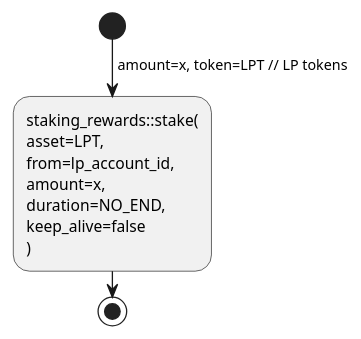
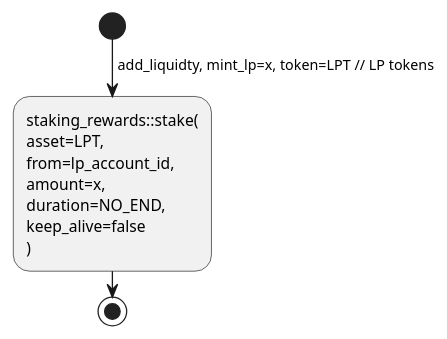
One commit to ComposableFi/composable changed the fifth of 12 diagrams in rfcs/0004-pablo-distribution.adoc. Above: the diagram before and after it, drawn with PlantUML. The commit also changed other lines of this file, not shown here.

```diff
--- a/rfcs/0004-pablo-distribution.adoc
+++ b/rfcs/0004-pablo-distribution.adoc
@@ -235,13 +234,13 @@
 [plantuml,images/pablo-fNFT-add-liquidity,png]
 ----
 start
-->amount=x, token=LPT // LP tokens;
+->add_liquidty, mint_lp=x, token=LPT // LP tokens;
 :staking_rewards::stake(
 asset=LPT,
 from=lp_account_id,
 amount=x,
 duration=NO_END,
 keep_alive=false
 );
 stop
 ----
```
